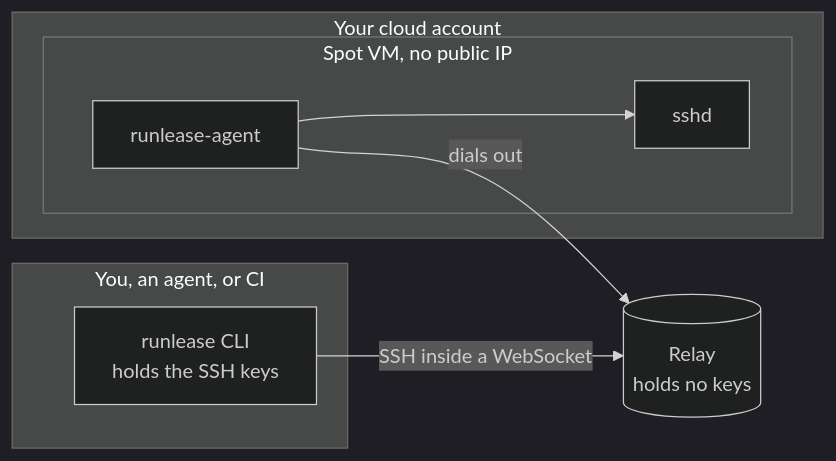
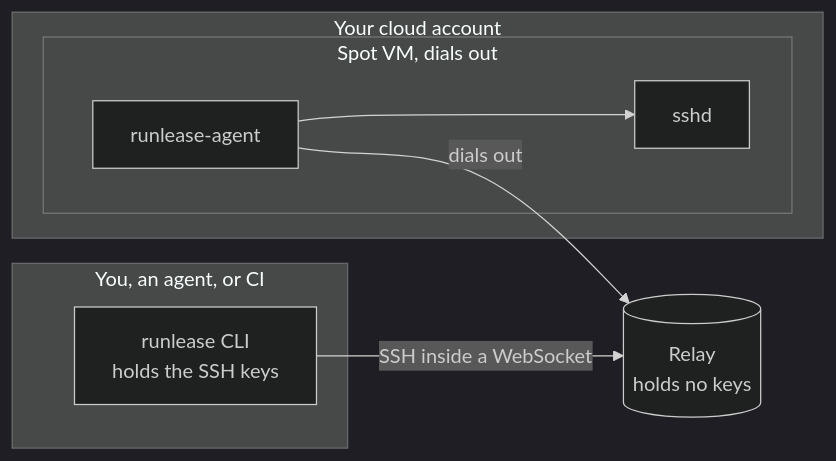
The diagram in README.md (marshal-org/runlease), drawn with Mermaid (dark theme) before and after one commit. The commit also changed other lines of this file and 14 other files, not shown here.

````diff
--- a/README.md
+++ b/README.md
@@ -112,14 +118,14 @@
 ```mermaid
 flowchart LR
     subgraph You["You, an agent, or CI"]
         CLI["runlease CLI<br/>holds the SSH keys"]
     end
     R[("Relay<br/>holds no keys")]
     subgraph Cloud["Your cloud account"]
-        subgraph VM["Spot VM, no public IP"]
+        subgraph VM["Spot VM, dials out"]
             A["runlease-agent"] --> S["sshd"]
         end
     end
     CLI -- "SSH inside a WebSocket" --> R
     A -- "dials out" --> R
 ```
````
